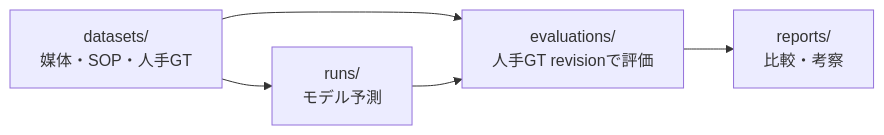
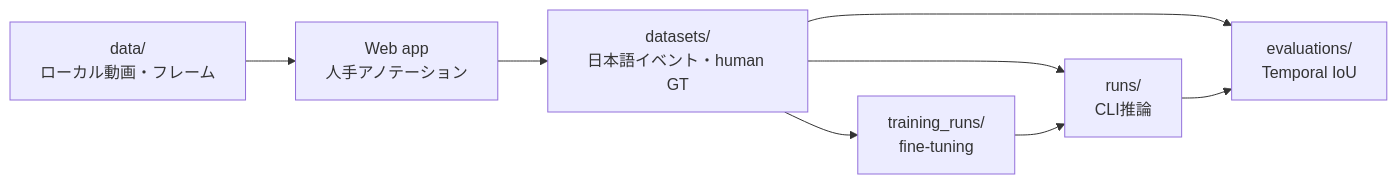
Before and after one commit to shure-dev/small-vlm-sop-check: the diagram in docs/benchmark/README.md, drawn with Mermaid. The commit also changed other lines of this file and 23 other files, not shown here.

````diff
--- a/docs/benchmark/README.md
+++ b/docs/benchmark/README.md
@@ -5,7 +3,10 @@
 ```mermaid
 flowchart LR
-  D["datasets/<br/>媒体・SOP・人手GT"] --> R["runs/<br/>モデル予測"]
-  D --> E["evaluations/<br/>人手GT revisionで評価"]
+  M["data/<br/>ローカル動画・フレーム"] --> A["Web app<br/>人手アノテーション"]
+  A --> D["datasets/<br/>日本語イベント・human GT"]
+  D --> R["runs/<br/>CLI推論"]
+  D --> E["evaluations/<br/>Temporal IoU"]
   R --> E
-  E --> P["reports/<br/>比較・考察"]
+  D --> T["training_runs/<br/>fine-tuning"]
+  T --> R
 ```
````
